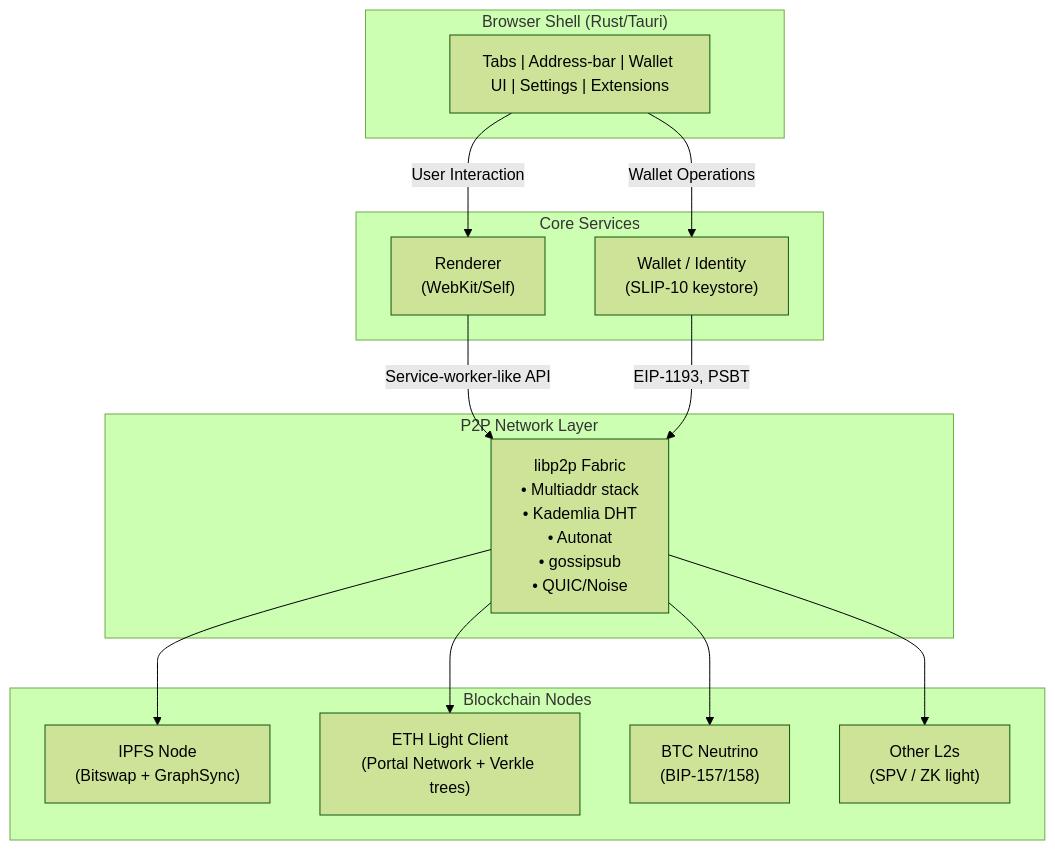
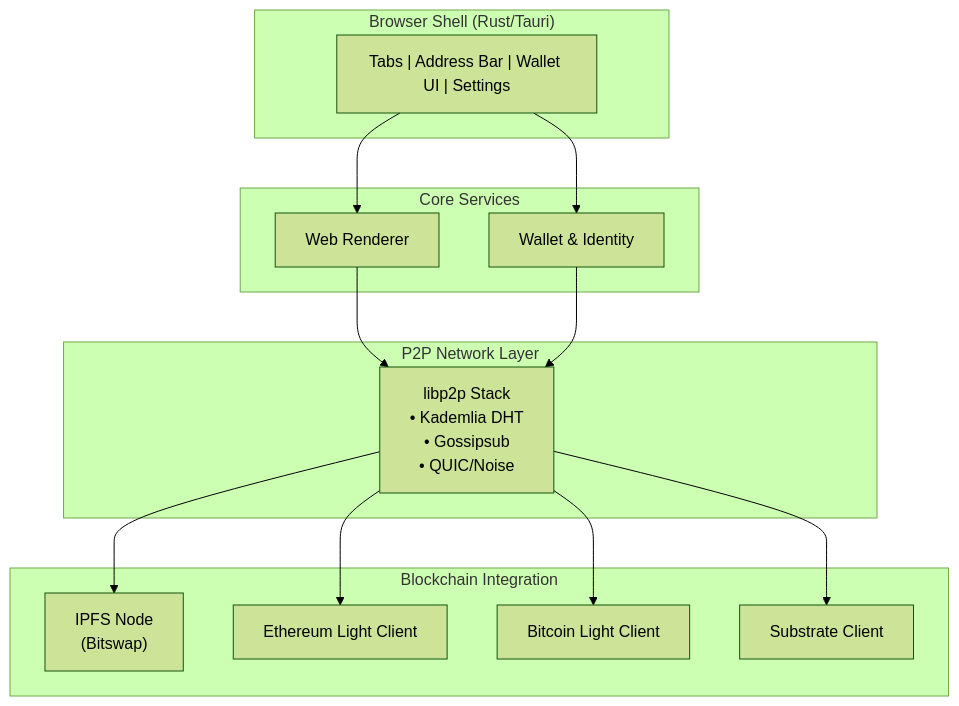
Before and after one commit to advatar/Browser: the diagram in README.md, drawn with Mermaid (forest theme). The commit also changed other lines of this file and 6 other files, not shown here.

````diff
--- a/README.md
+++ b/README.md
@@ -22,33 +21,31 @@
 ```mermaid
 graph TD
     subgraph Browser_Shell ["Browser Shell (Rust/Tauri)"]
-        UI["Tabs | Address-bar | Wallet UI | Settings | Extensions"]
+        UI["Tabs | Address Bar | Wallet UI | Settings"]
     end
     
     subgraph Core_Services ["Core Services"]
-        Renderer["Renderer<br/>(WebKit/Self)"]
-        Wallet["Wallet / Identity<br/>(SLIP-10 keystore)"]
+        Renderer["Web Renderer"]
+        Wallet["Wallet & Identity"]
     end
     
     subgraph P2P_Layer ["P2P Network Layer"]
-        libp2p["libp2p Fabric\n• Multiaddr stack\n• Kademlia DHT\n• Autonat\n• gossipsub\n• QUIC/Noise"]
+        libp2p["libp2p Stack\n• Kademlia DHT\n• Gossipsub\n• QUIC/Noise"]
     end
     
-    subgraph Blockchain_Nodes ["Blockchain Nodes"]
-        IPFS["IPFS Node\n(Bitswap + GraphSync)"]
-        ETH["ETH Light Client\n(Portal Network + Verkle trees)"]
-        BTC["BTC Neutrino\n(BIP-157/158)"]
-        L2s["Other L2s\n(SPV / ZK light)"]
+    subgraph Blockchain_Nodes ["Blockchain Integration"]
+        IPFS["IPFS Node\n(Bitswap)"]
+        ETH["Ethereum Light Client"]
+        BTC["Bitcoin Light Client"]
+        Substrate["Substrate Client"]
     end
     
-    UI -->|User Interaction| Renderer
-    UI -->|Wallet Operations| Wallet
-    
-    Renderer -->|Service-worker-like API| libp2p
-    Wallet -->|EIP-1193, PSBT| libp2p
-    
+    UI --> Renderer
+    UI --> Wallet
+    Renderer --> libp2p
+    Wallet --> libp2p
     libp2p --> IPFS
     libp2p --> ETH
     libp2p --> BTC
-    libp2p --> L2s
+    libp2p --> Substrate
 ```
````
